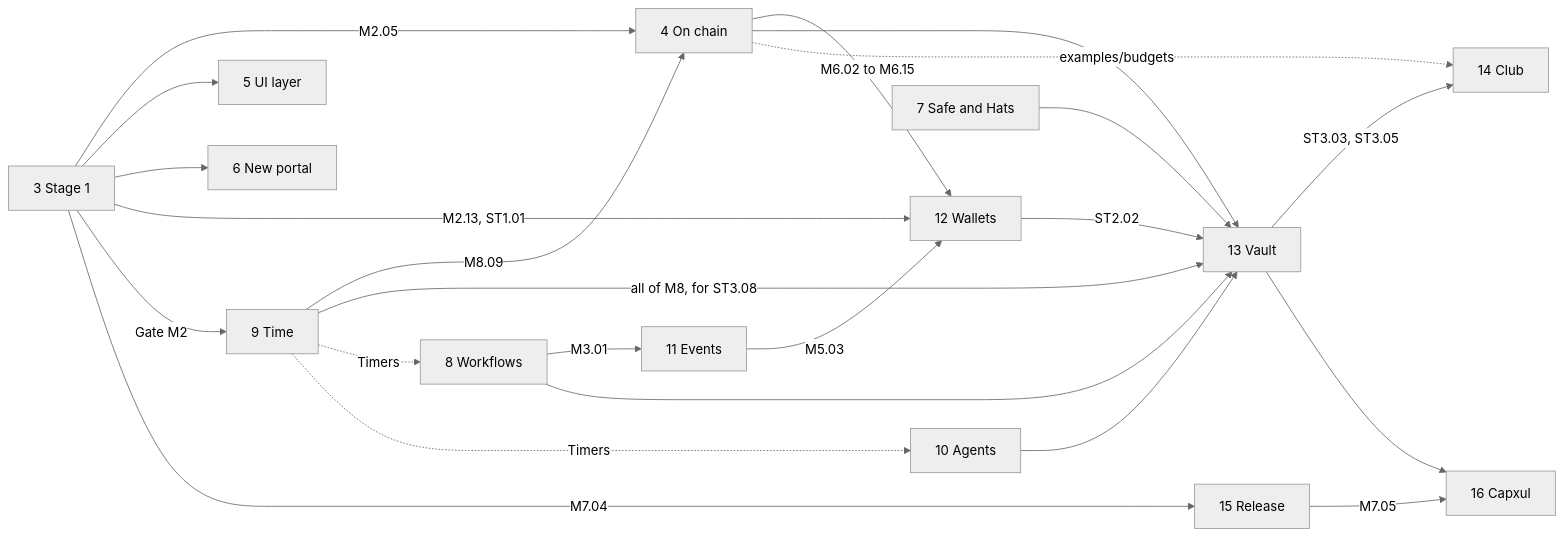
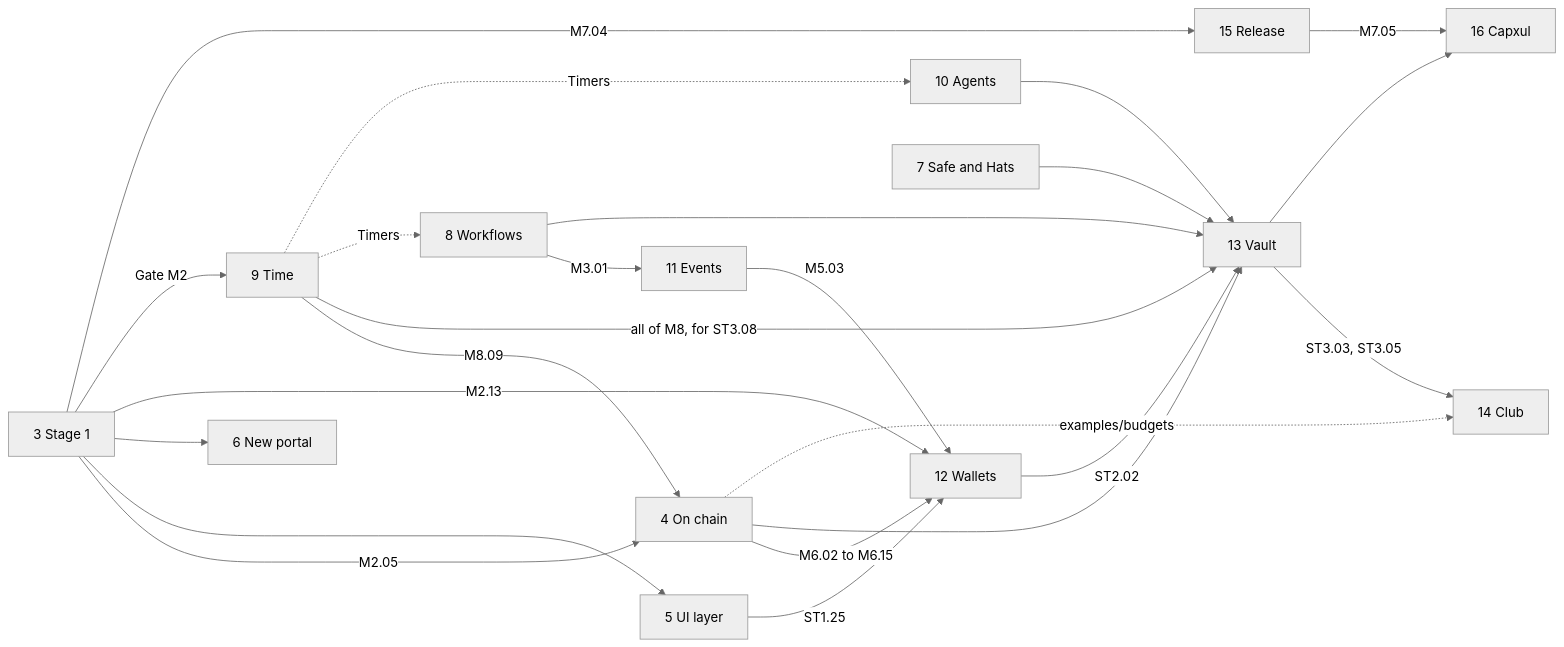
One commit to AaronAbuUsama/architect changed the diagram in design/goals/map.md. Above: the diagram before and after it, drawn with Mermaid (neutral theme). The commit also changed other lines of this file and 7 other files, not shown here.

````diff
--- a/design/goals/map.md
+++ b/design/goals/map.md
@@ -73,25 +73,26 @@
 ```mermaid
 flowchart LR
   G3[3 Stage 1] -->|M2.05| G4[4 On chain]
   G3 --> G5[5 UI layer]
   G3 --> G6[6 New portal]
-  G3 -->|M2.13, ST1.01| G12[12 Wallets]
+  G3 -->|M2.13| G12[12 Wallets]
+  G5 -->|ST1.25| G12
   G3 -->|Gate M2| G9[9 Time]
   G3 -->|M7.04| G15[15 Release]
   G4 -->|M6.02 to M6.15| G12
   G4 --> G13[13 Vault]
   G4 -.examples/budgets.-> G14[14 Club]
   G13 -->|ST3.03, ST3.05| G14
   G9 -->|M8.09| G4
   G9 -->|all of M8, for ST3.08| G13
   G9 -.Timers.-> G8[8 Workflows]
   G9 -.Timers.-> G10[10 Agents]
   G8 -->|M3.01| G11[11 Events]
   G11 -->|M5.03| G12
   G7[7 Safe and Hats] --> G13
   G8 --> G13
   G10 --> G13
   G12 -->|ST2.02| G13
   G15 -->|M7.05| G16[16 Capxul]
   G13 --> G16
 ```
````
